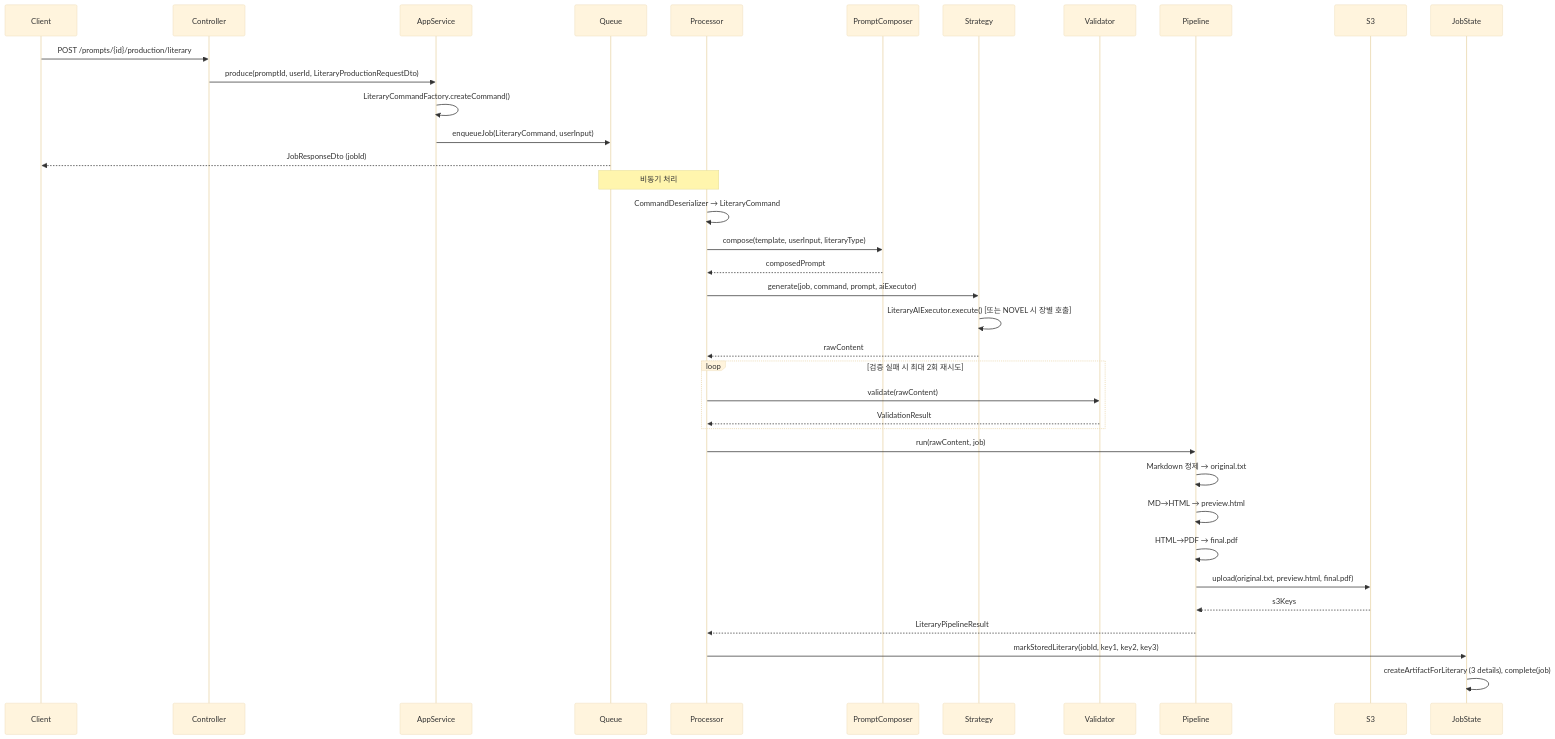
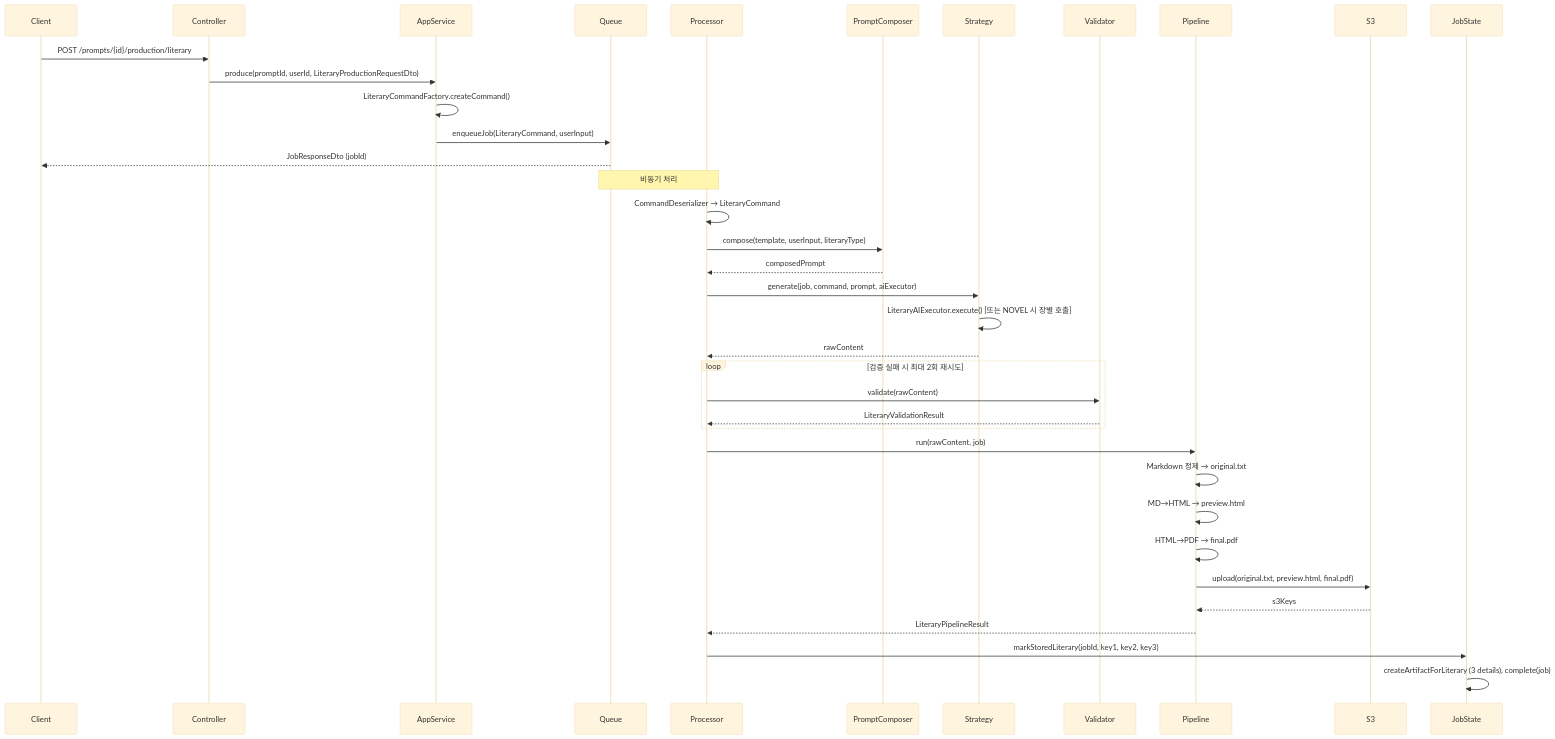
Before and after one commit to rabitis99/prompts-backend: the diagram in sharedPrompts/docs/literary-generation-architecture.md, drawn with Mermaid (base theme). The commit also changed other lines of this file and 30 other files, not shown here.

First line of the commit message:
feat(literary): add LiteraryFormat/ExecutionResult, genre validators and pipeline updates

````diff
--- a/sharedPrompts/docs/literary-generation-architecture.md
+++ b/sharedPrompts/docs/literary-generation-architecture.md
@@ -78,41 +78,41 @@
 ```mermaid
 sequenceDiagram
     participant Client
     participant Controller
     participant AppService
     participant Queue
     participant Processor
     participant PromptComposer
     participant Strategy
     participant Validator
     participant Pipeline
     participant S3
     participant JobState
 
     Client->>Controller: POST /prompts/{id}/production/literary
     Controller->>AppService: produce(promptId, userId, LiteraryProductionRequestDto)
     AppService->>AppService: LiteraryCommandFactory.createCommand()
     AppService->>Queue: enqueueJob(LiteraryCommand, userInput)
     Queue-->>Client: JobResponseDto (jobId)
 
     Note over Queue,Processor: 비동기 처리
     Processor->>Processor: CommandDeserializer → LiteraryCommand
     Processor->>PromptComposer: compose(template, userInput, literaryType)
     PromptComposer-->>Processor: composedPrompt
     Processor->>Strategy: generate(job, command, prompt, aiExecutor)
     Strategy->>Strategy: LiteraryAIExecutor.execute() [또는 NOVEL 시 장별 호출]
     Strategy-->>Processor: rawContent
     loop 검증 실패 시 최대 2회 재시도
         Processor->>Validator: validate(rawContent)
-        Validator-->>Processor: ValidationResult
+        Validator-->>Processor: LiteraryValidationResult
     end
     Processor->>Pipeline: run(rawContent, job)
     Pipeline->>Pipeline: Markdown 정제 → original.txt
     Pipeline->>Pipeline: MD→HTML → preview.html
     Pipeline->>Pipeline: HTML→PDF → final.pdf
     Pipeline->>S3: upload(original.txt, preview.html, final.pdf)
     S3-->>Pipeline: s3Keys
     Pipeline-->>Processor: LiteraryPipelineResult
     Processor->>JobState: markStoredLiterary(jobId, key1, key2, key3)
     JobState->>JobState: createArtifactForLiterary (3 details), complete(job)
 ```
````
